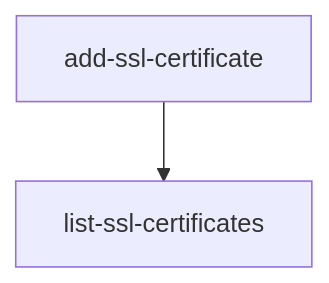
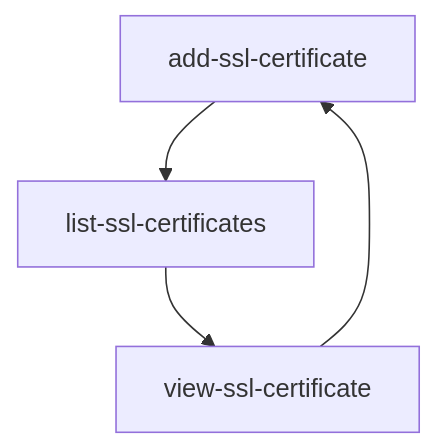
One commit to rafael-g-depaulo/obsidian-vault changed the diagram in Work/2025/Devopness/25-08-25.md. Above: the diagram before and after it, drawn with Mermaid. The commit also changed other lines of this file and 1 other file, not shown here.

````diff
--- a/Work/2025/Devopness/25-08-25.md
+++ b/Work/2025/Devopness/25-08-25.md
@@ -8,5 +10,7 @@
 ```mermaid
 flowchart TD
   A[add-ssl-certificate] --> B[list-ssl-certificates]
+  B --> C[view-ssl-certificate]
+  C --> A
 
 ```
````
